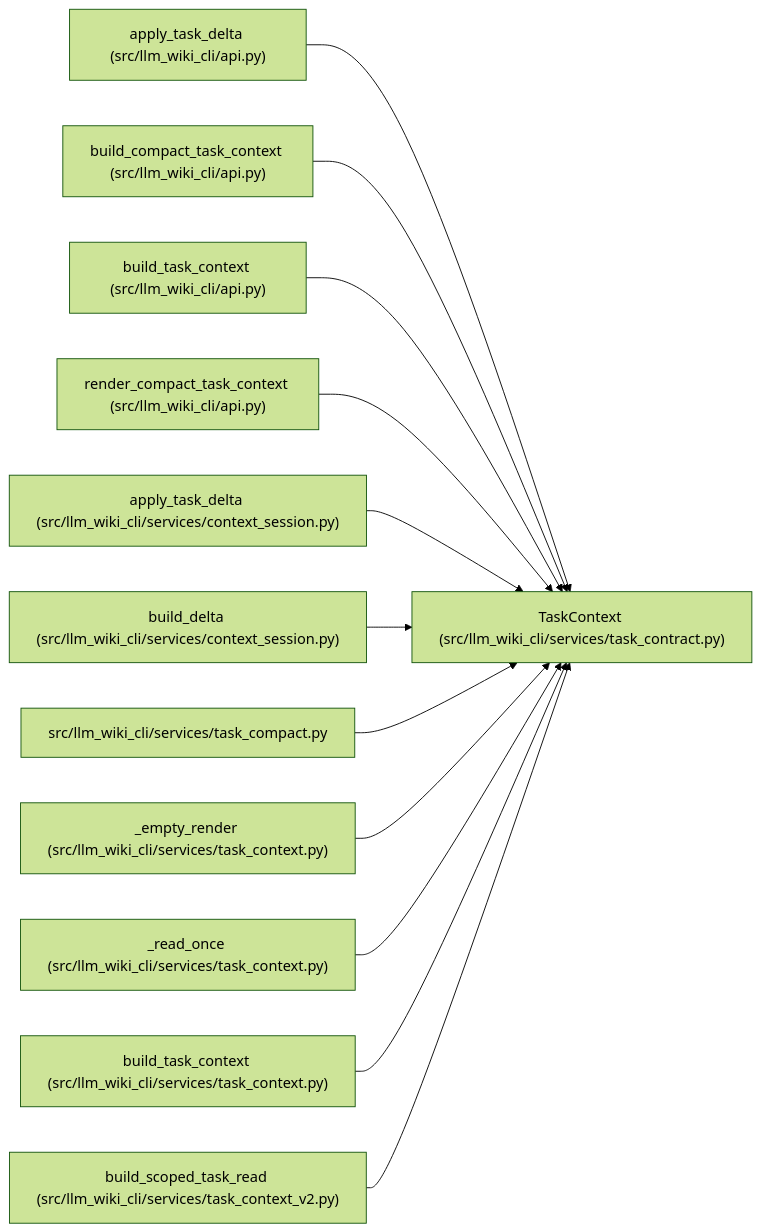
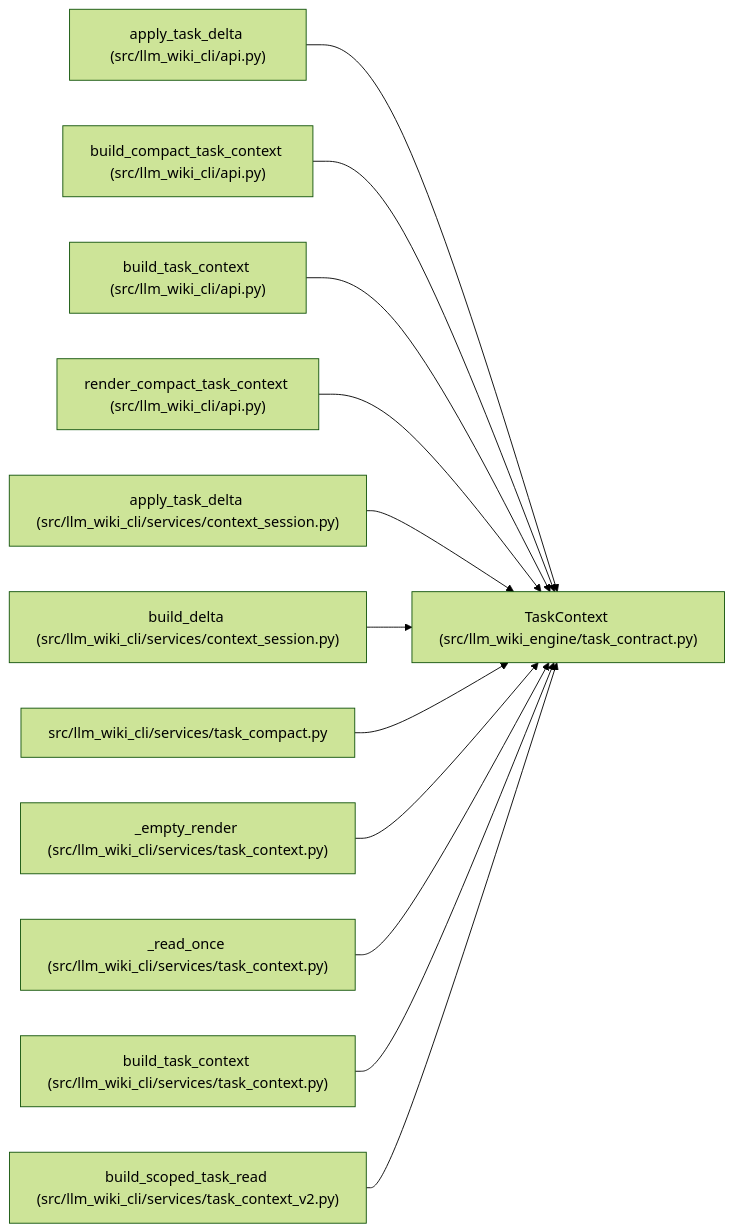
Before and after one commit to Denissvgn/python-wiki-llm: the diagram in docs/llm_wiki/entities/TaskContext.md, drawn with Mermaid (forest theme). The commit also changed other lines of this file and 648 other files, not shown here.

Commit message:
docs: refresh the wiki for the engine task contract and search

````diff
--- a/docs/llm_wiki/entities/TaskContext.md
+++ b/docs/llm_wiki/entities/TaskContext.md
@@ -35,38 +35,38 @@
 ```mermaid
 flowchart LR
-    n0["TaskContext (src/llm_wiki_cli/services/task_contract.py)"]
+    n0["TaskContext (src/llm_wiki_engine/task_contract.py)"]
     n1["apply_task_delta (src/llm_wiki_cli/api.py)"]
     n2["build_compact_task_context (src/llm_wiki_cli/api.py)"]
     n3["build_task_context (src/llm_wiki_cli/api.py)"]
     n4["render_compact_task_context (src/llm_wiki_cli/api.py)"]
     n5["apply_task_delta (src/llm_wiki_cli/services/context_session.py)"]
     n6["build_delta (src/llm_wiki_cli/services/context_session.py)"]
     n7["src/llm_wiki_cli/services/task_compact.py"]
     n8["_empty_render (src/llm_wiki_cli/services/task_context.py)"]
     n9["_read_once (src/llm_wiki_cli/services/task_context.py)"]
     n10["build_task_context (src/llm_wiki_cli/services/task_context.py)"]
     n11["build_scoped_task_read (src/llm_wiki_cli/services/task_context_v2.py)"]
     n1 --> n0
     n2 --> n0
     n3 --> n0
     n4 --> n0
     n5 --> n0
     n6 --> n0
     n7 --> n0
     n8 --> n0
     n9 --> n0
     n10 --> n0
     n11 --> n0
     click n0 "../modules/task_contract.md"
     click n1 "../modules/api.md"
     click n2 "../modules/api.md"
     click n3 "../modules/api.md"
     click n4 "../modules/api.md"
     click n5 "../modules/context_session.md"
     click n6 "../modules/context_session.md"
     click n7 "../modules/task_compact.md"
     click n8 "../modules/task_context.md"
     click n9 "../modules/task_context.md"
     click n10 "../modules/task_context.md"
     click n11 "../modules/task_context_v2.md"
 ```
````
